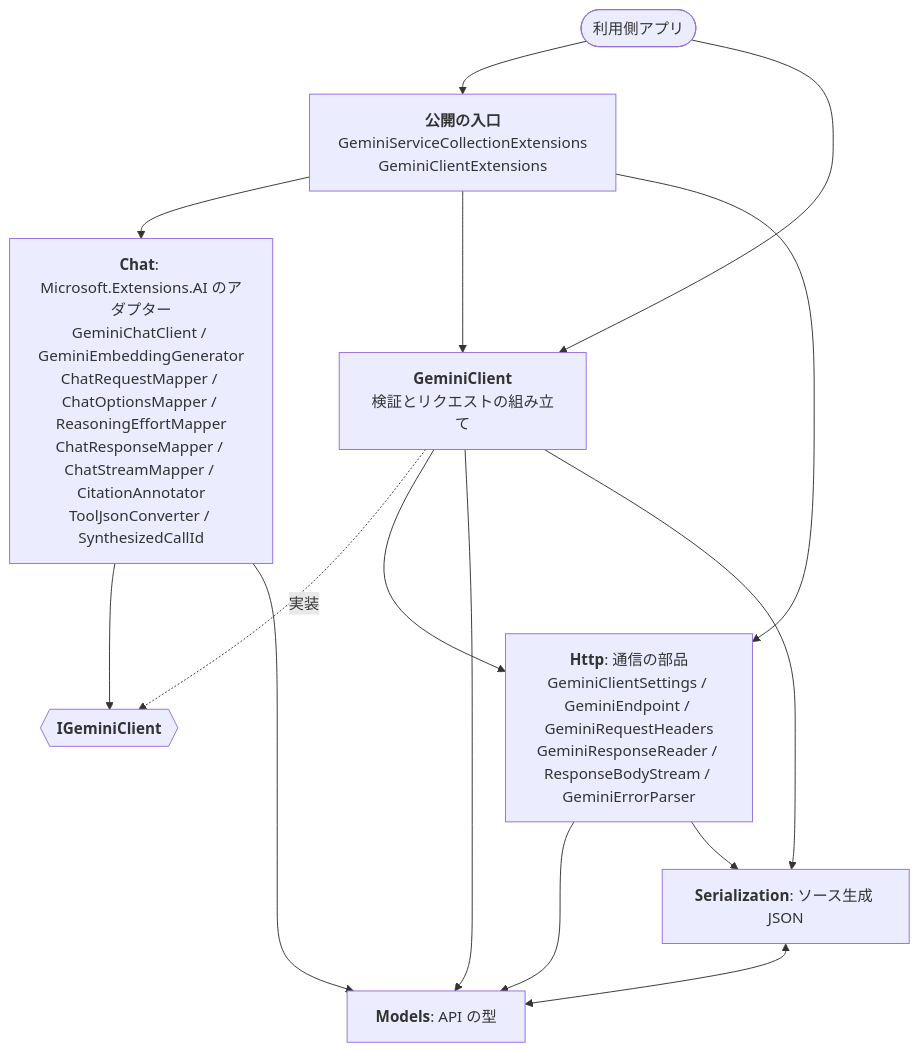
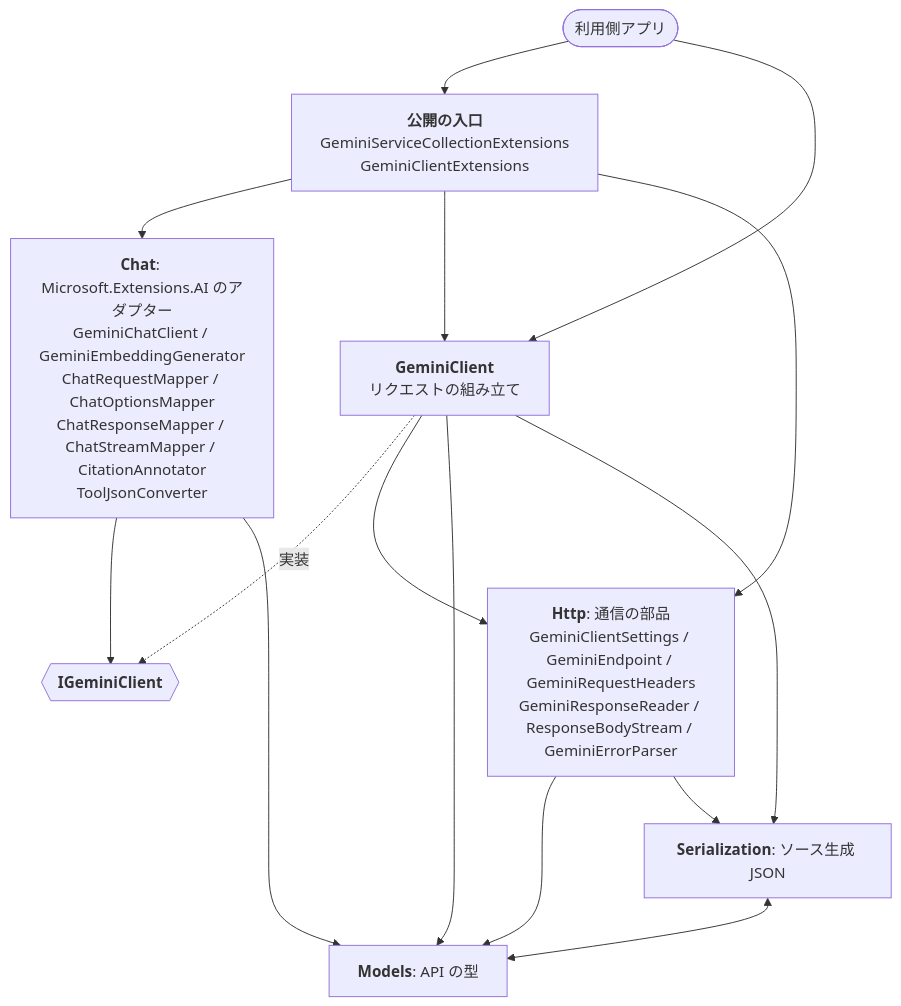
Before and after one commit to Osg-Junue/GeminiGatewayClient: the second of 15 diagrams in docs/ARCHITECTURE.md, drawn with Mermaid. The commit also changed other lines of this file and 73 other files, not shown here.

````diff
--- a/docs/ARCHITECTURE.md
+++ b/docs/ARCHITECTURE.md
@@ -48,26 +48,26 @@
 ```mermaid
 flowchart TB
     App(["利用側アプリ"])
     Entry["<b>公開の入口</b><br/>GeminiServiceCollectionExtensions<br/>GeminiClientExtensions"]
-    Chat["<b>Chat</b>: Microsoft.Extensions.AI のアダプター<br/>GeminiChatClient / GeminiEmbeddingGenerator<br/>ChatRequestMapper / ChatOptionsMapper / ReasoningEffortMapper<br/>ChatResponseMapper / ChatStreamMapper / CitationAnnotator<br/>ToolJsonConverter / SynthesizedCallId"]
+    Chat["<b>Chat</b>: Microsoft.Extensions.AI のアダプター<br/>GeminiChatClient / GeminiEmbeddingGenerator<br/>ChatRequestMapper / ChatOptionsMapper<br/>ChatResponseMapper / ChatStreamMapper / CitationAnnotator<br/>ToolJsonConverter"]
     Contract{{"<b>IGeminiClient</b>"}}
-    Core["<b>GeminiClient</b><br/>検証とリクエストの組み立て"]
+    Core["<b>GeminiClient</b><br/>リクエストの組み立て"]
     Http["<b>Http</b>: 通信の部品<br/>GeminiClientSettings / GeminiEndpoint / GeminiRequestHeaders<br/>GeminiResponseReader / ResponseBodyStream / GeminiErrorParser"]
     Models["<b>Models</b>: API の型"]
     Serial["<b>Serialization</b>: ソース生成 JSON"]
 
     App --> Entry
     App --> Core
     Entry --> Chat
     Entry --> Core
     Entry --> Http
     Chat --> Contract
     Core -. 実装 .-> Contract
     Core --> Http
     Core --> Models
     Core --> Serial
     Chat --> Models
     Http --> Models
     Http --> Serial
     Serial <--> Models
 ```
````
